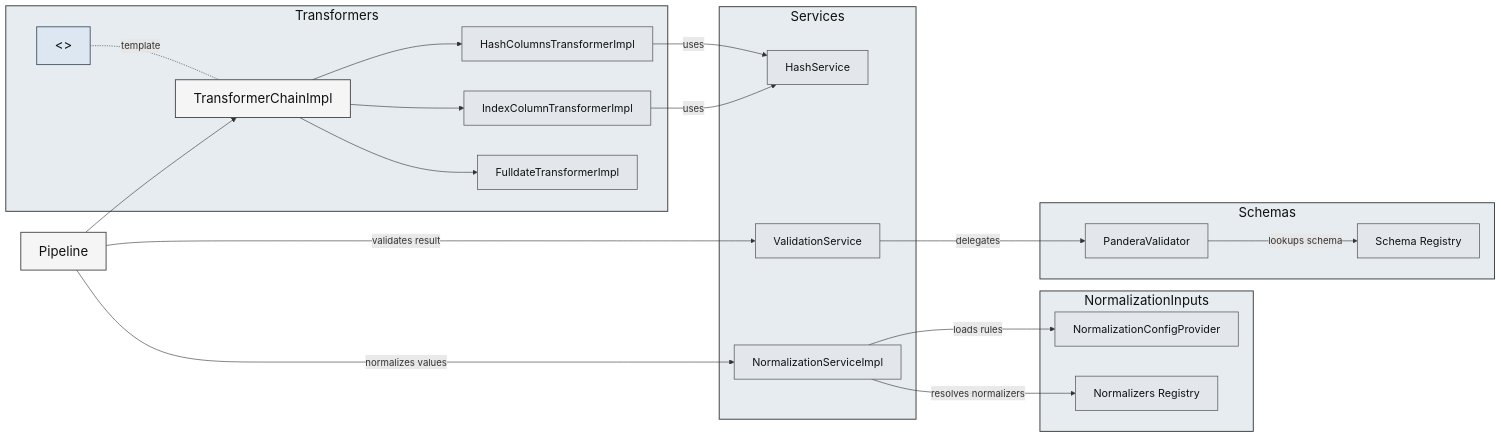
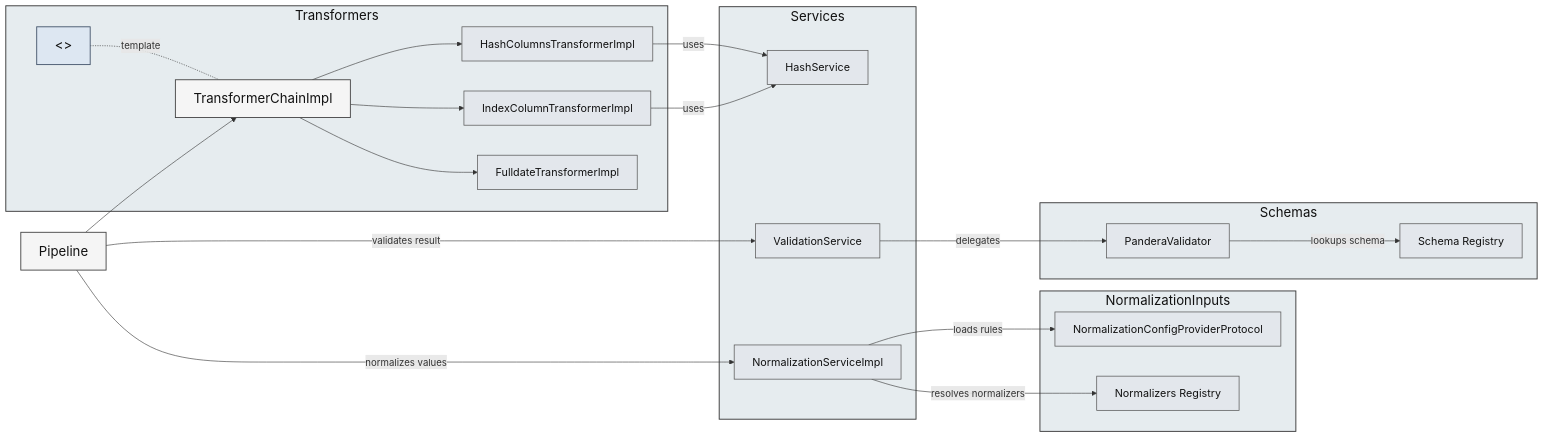
One commit to SatoryKono/BioactivityDataAcquisition changed the diagram in docs/architecture/diagrams/flow/domain-services-transform.mmd. Above: the diagram before and after it, drawn with Mermaid. The commit also changed 49 other files, not shown here.

```diff
--- a/docs/architecture/diagrams/flow/domain-services-transform.mmd
+++ b/docs/architecture/diagrams/flow/domain-services-transform.mmd
@@ -1,54 +1,54 @@
 ---
 id: 8f0f89c8-5cff-4b57-a4b9-b5443c28908a
 ---
 flowchart LR
 
 classDef domainPrimary   fill:#f5f5f5,stroke:#444,stroke-width:1.5px,color:#111,font-size:22px;
 classDef domainSecondary fill:#e3e7ec,stroke:#555,stroke-width:1.2px,color:#111,font-size:18px;
 classDef interface       fill:#dde7f2,stroke:#44546a,stroke-width:1.5px,color:#111,font-size:22px;
 classDef group           fill:#e6ecef,stroke:#333,stroke-width:1.5px,color:#111,font-size:22px;
 
 subgraph Transformers
     T_Chain[TransformerChainImpl]:::domainPrimary
     T_Hash[HashColumnsTransformerImpl]:::domainSecondary
     T_Index[IndexColumnTransformerImpl]:::domainSecondary
     T_Date[FulldateTransformerImpl]:::domainSecondary
     T_ABC[<<TransformerABC>>]:::interface
 end
 class Transformers group;
 
 subgraph Services
     HS[HashService]:::domainSecondary
     VS[ValidationService]:::domainSecondary
     NS[NormalizationServiceImpl]:::domainSecondary
 end
 class Services group;
 
 subgraph Schemas
     PS[PanderaValidator]:::domainSecondary
     Registry[Schema Registry]:::domainSecondary
 end
 class Schemas group;
 
 subgraph NormalizationInputs
-    NCfg[NormalizationConfigProvider]:::domainSecondary
+    NCfg[NormalizationConfigProviderProtocol]:::domainSecondary
     Normalizers[Normalizers Registry]:::domainSecondary
 end
 class NormalizationInputs group;
 
 Pipeline[Pipeline]:::domainPrimary --> T_Chain
 T_Chain --> T_Hash
 T_Chain --> T_Index
 T_Chain --> T_Date
 T_ABC -. template .- T_Chain
 
 T_Hash -- uses --> HS
 T_Index -- uses --> HS
 
 Pipeline -- validates result --> VS
 Pipeline -- normalizes values --> NS
 
 VS -- delegates --> PS
 PS -- lookups schema --> Registry
 NS -- loads rules --> NCfg
 NS -- resolves normalizers --> Normalizers
```
